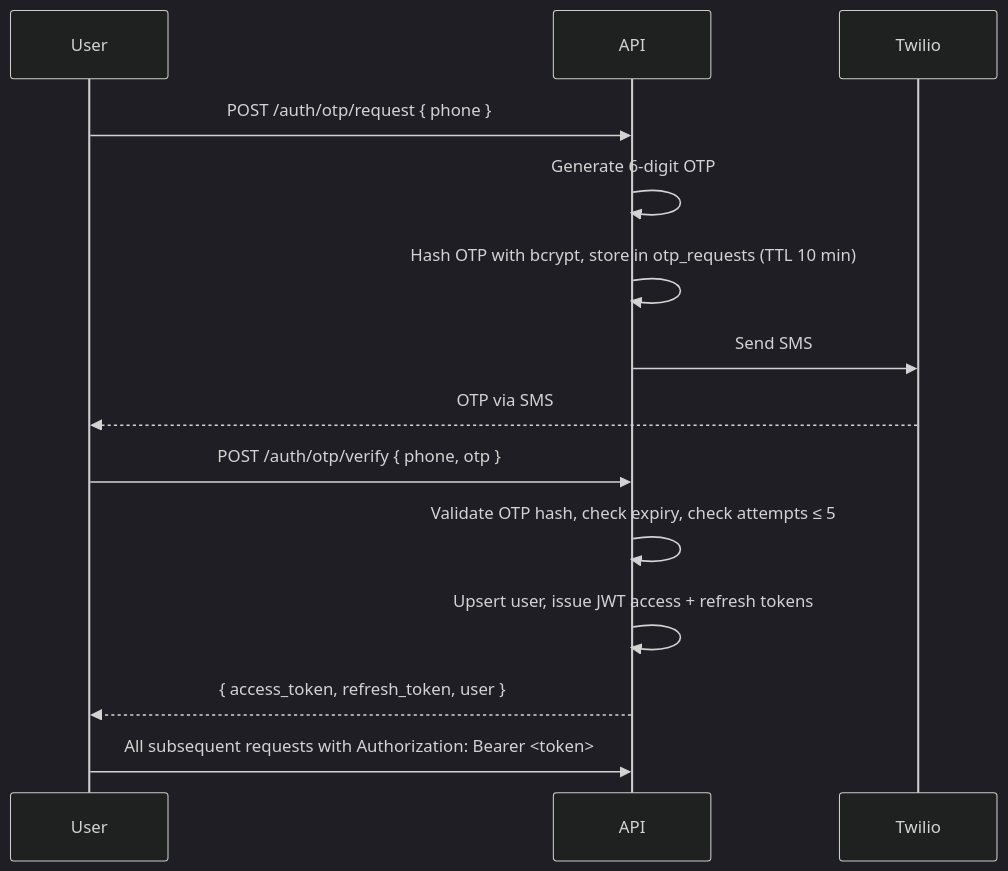
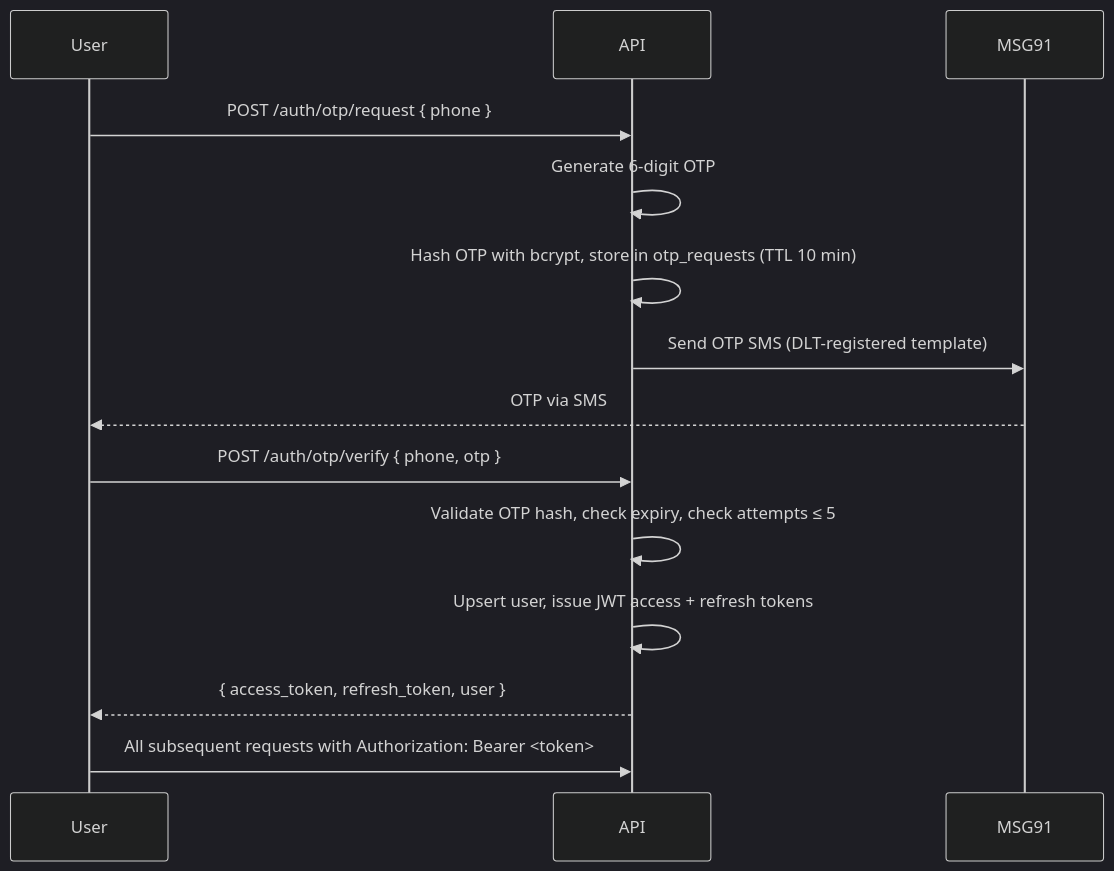
The fourth of 10 diagrams in campus_food_ordering_system/docs/backend_api_system_design.md (csanni/frescos-app), drawn with Mermaid (dark theme) before and after one commit. The commit also changed other lines of this file, not shown here.

````diff
--- a/campus_food_ordering_system/docs/backend_api_system_design.md
+++ b/campus_food_ordering_system/docs/backend_api_system_design.md
@@ -249,13 +251,13 @@
 ```mermaid
 sequenceDiagram
     User->>API: POST /auth/otp/request { phone }
     API->>API: Generate 6-digit OTP
     API->>API: Hash OTP with bcrypt, store in otp_requests (TTL 10 min)
-    API->>Twilio: Send SMS
-    Twilio-->>User: OTP via SMS
+    API->>MSG91: Send OTP SMS (DLT-registered template)
+    MSG91-->>User: OTP via SMS
     User->>API: POST /auth/otp/verify { phone, otp }
     API->>API: Validate OTP hash, check expiry, check attempts ≤ 5
     API->>API: Upsert user, issue JWT access + refresh tokens
     API-->>User: { access_token, refresh_token, user }
     User->>API: All subsequent requests with Authorization: Bearer <token>
 ```
````
